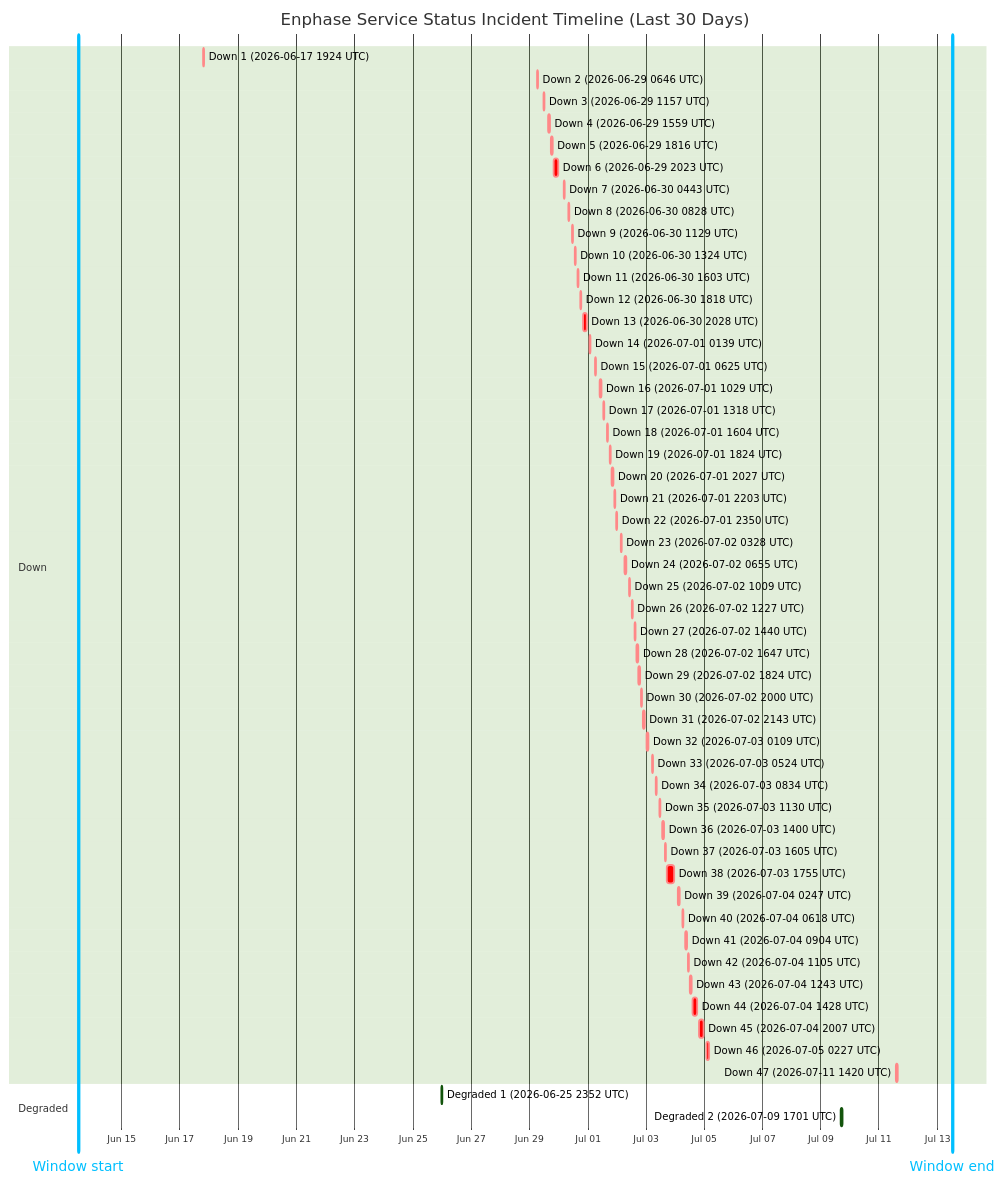
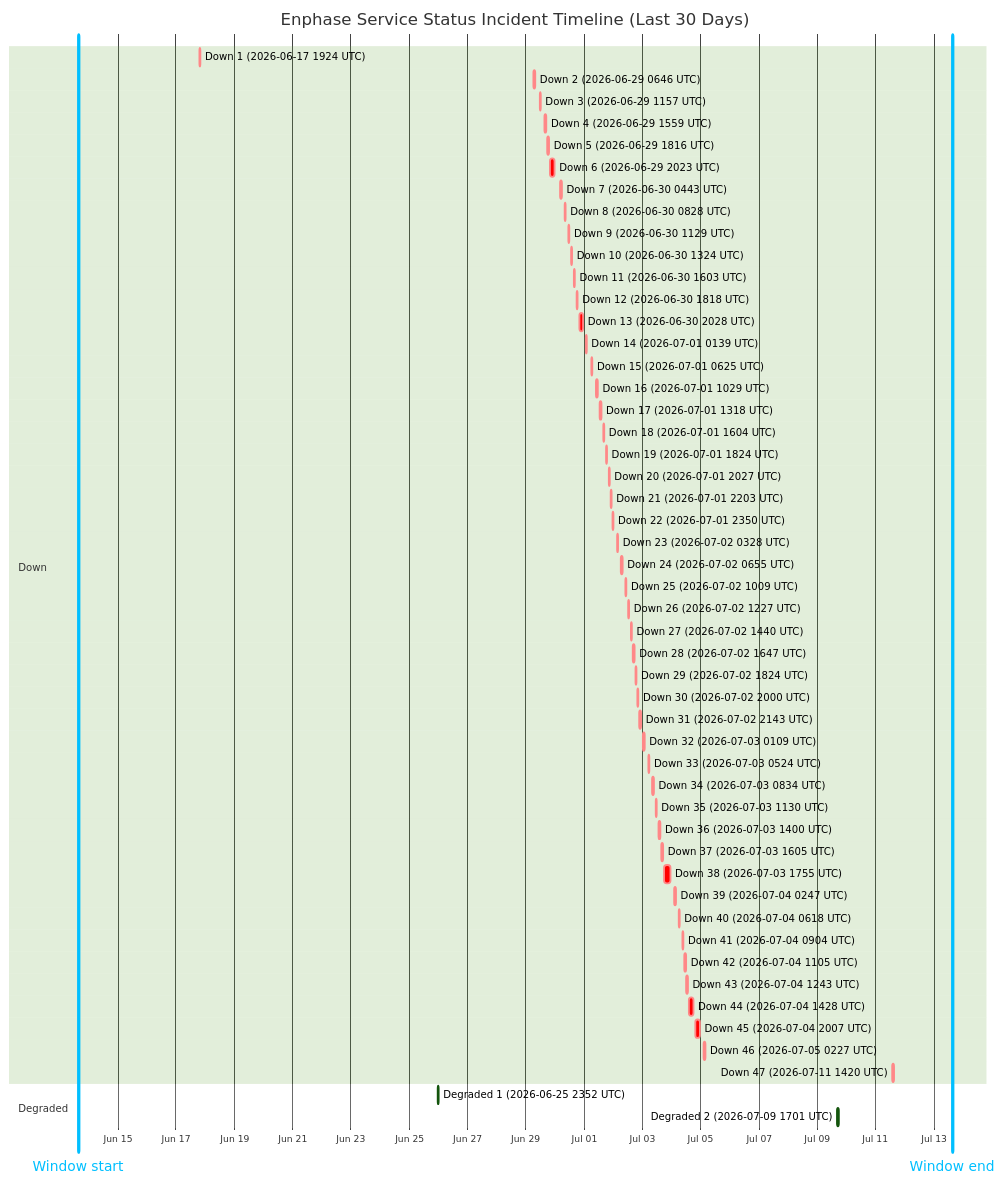
Before and after one commit to barneyonline/ha-enphase-energy: the diagram in wiki/Service-Status-History.md, drawn with Mermaid (forest theme). The commit also changed other lines of this file and 3 other files, not shown here.

````diff
--- a/wiki/Service-Status-History.md
+++ b/wiki/Service-Status-History.md
@@ -14,59 +14,59 @@
 ```mermaid
 gantt
     title Enphase Service Status Incident Timeline (Last 30 Days)
     dateFormat  YYYY-MM-DDTHH:mm:ss
     axisFormat  %b %d
-    Window start :vert, window-start, 2026-06-13T12:30:10, 0ms
-    Window end :vert, window-end, 2026-07-13T12:30:10, 0ms
+    Window start :vert, window-start, 2026-06-13T15:26:17, 0ms
+    Window end :vert, window-end, 2026-07-13T15:26:17, 0ms
     section Down
     Down 1 (2026-06-17 1924 UTC) :crit, down-1, 2026-06-17T19:24:51, 60m
     Down 2 (2026-06-29 0646 UTC) :crit, down-2, 2026-06-29T06:46:18, 60m
     Down 3 (2026-06-29 1157 UTC) :crit, down-3, 2026-06-29T11:57:36, 60m
     Down 4 (2026-06-29 1559 UTC) :crit, down-4, 2026-06-29T15:59:02, 60m
     Down 5 (2026-06-29 1816 UTC) :crit, down-5, 2026-06-29T18:16:38, 60m
     Down 6 (2026-06-29 2023 UTC) :crit, down-6, 2026-06-29T20:23:16, 220m
     Down 7 (2026-06-30 0443 UTC) :crit, down-7, 2026-06-30T04:43:54, 60m
     Down 8 (2026-06-30 0828 UTC) :crit, down-8, 2026-06-30T08:28:43, 60m
     Down 9 (2026-06-30 1129 UTC) :crit, down-9, 2026-06-30T11:29:15, 60m
     Down 10 (2026-06-30 1324 UTC) :crit, down-10, 2026-06-30T13:24:25, 60m
     Down 11 (2026-06-30 1603 UTC) :crit, down-11, 2026-06-30T16:03:26, 60m
     Down 12 (2026-06-30 1818 UTC) :crit, down-12, 2026-06-30T18:18:39, 60m
     Down 13 (2026-06-30 2028 UTC) :crit, down-13, 2026-06-30T20:28:54, 171m
     Down 14 (2026-07-01 0139 UTC) :crit, down-14, 2026-07-01T01:39:18, 60m
     Down 15 (2026-07-01 0625 UTC) :crit, down-15, 2026-07-01T06:25:35, 60m
     Down 16 (2026-07-01 1029 UTC) :crit, down-16, 2026-07-01T10:29:24, 60m
     Down 17 (2026-07-01 1318 UTC) :crit, down-17, 2026-07-01T13:18:31, 60m
     Down 18 (2026-07-01 1604 UTC) :crit, down-18, 2026-07-01T16:04:29, 60m
     Down 19 (2026-07-01 1824 UTC) :crit, down-19, 2026-07-01T18:24:21, 60m
     Down 20 (2026-07-01 2027 UTC) :crit, down-20, 2026-07-01T20:27:17, 60m
     Down 21 (2026-07-01 2203 UTC) :crit, down-21, 2026-07-01T22:03:46, 60m
     Down 22 (2026-07-01 2350 UTC) :crit, down-22, 2026-07-01T23:50:52, 60m
     Down 23 (2026-07-02 0328 UTC) :crit, down-23, 2026-07-02T03:28:33, 60m
     Down 24 (2026-07-02 0655 UTC) :crit, down-24, 2026-07-02T06:55:07, 60m
     Down 25 (2026-07-02 1009 UTC) :crit, down-25, 2026-07-02T10:09:15, 60m
     Down 26 (2026-07-02 1227 UTC) :crit, down-26, 2026-07-02T12:27:49, 60m
     Down 27 (2026-07-02 1440 UTC) :crit, down-27, 2026-07-02T14:40:53, 60m
     Down 28 (2026-07-02 1647 UTC) :crit, down-28, 2026-07-02T16:47:47, 60m
     Down 29 (2026-07-02 1824 UTC) :crit, down-29, 2026-07-02T18:24:26, 60m
     Down 30 (2026-07-02 2000 UTC) :crit, down-30, 2026-07-02T20:00:57, 60m
     Down 31 (2026-07-02 2143 UTC) :crit, down-31, 2026-07-02T21:43:52, 80m
     Down 32 (2026-07-03 0109 UTC) :crit, down-32, 2026-07-03T01:09:19, 60m
     Down 33 (2026-07-03 0524 UTC) :crit, down-33, 2026-07-03T05:24:23, 60m
     Down 34 (2026-07-03 0834 UTC) :crit, down-34, 2026-07-03T08:34:05, 60m
     Down 35 (2026-07-03 1130 UTC) :crit, down-35, 2026-07-03T11:30:41, 60m
     Down 36 (2026-07-03 1400 UTC) :crit, down-36, 2026-07-03T14:00:48, 60m
     Down 37 (2026-07-03 1605 UTC) :crit, down-37, 2026-07-03T16:05:49, 60m
     Down 38 (2026-07-03 1755 UTC) :crit, down-38, 2026-07-03T17:55:54, 338m
     Down 39 (2026-07-04 0247 UTC) :crit, down-39, 2026-07-04T02:47:22, 60m
     Down 40 (2026-07-04 0618 UTC) :crit, down-40, 2026-07-04T06:18:09, 60m
     Down 41 (2026-07-04 0904 UTC) :crit, down-41, 2026-07-04T09:04:41, 60m
     Down 42 (2026-07-04 1105 UTC) :crit, down-42, 2026-07-04T11:05:21, 60m
     Down 43 (2026-07-04 1243 UTC) :crit, down-43, 2026-07-04T12:43:25, 60m
     Down 44 (2026-07-04 1428 UTC) :crit, down-44, 2026-07-04T14:28:07, 243m
     Down 45 (2026-07-04 2007 UTC) :crit, down-45, 2026-07-04T20:07:50, 206m
     Down 46 (2026-07-05 0227 UTC) :crit, down-46, 2026-07-05T02:27:32, 109m
     Down 47 (2026-07-11 1420 UTC) :crit, down-47, 2026-07-11T14:20:54, 69m
     section Degraded
     Degraded 1 (2026-06-25 2352 UTC) :active, degraded-1, 2026-06-25T23:52:01, 60m
     Degraded 2 (2026-07-09 1701 UTC) :active, degraded-2, 2026-07-09T17:01:02, 60m
 ```
````
